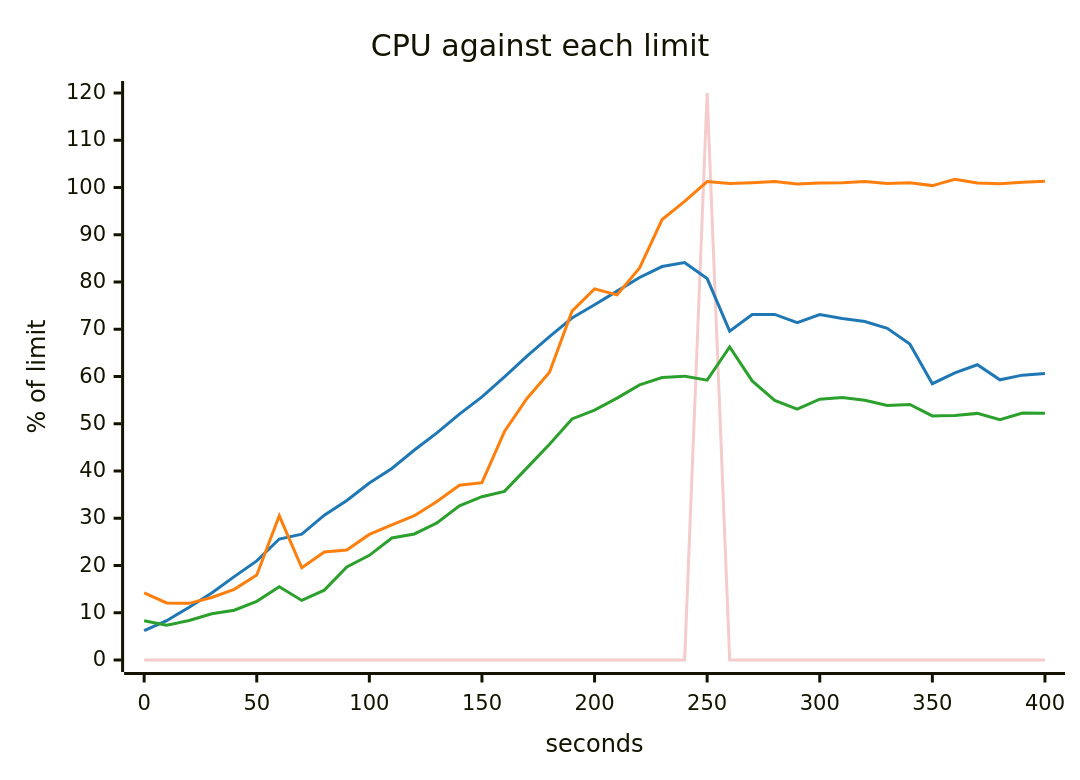
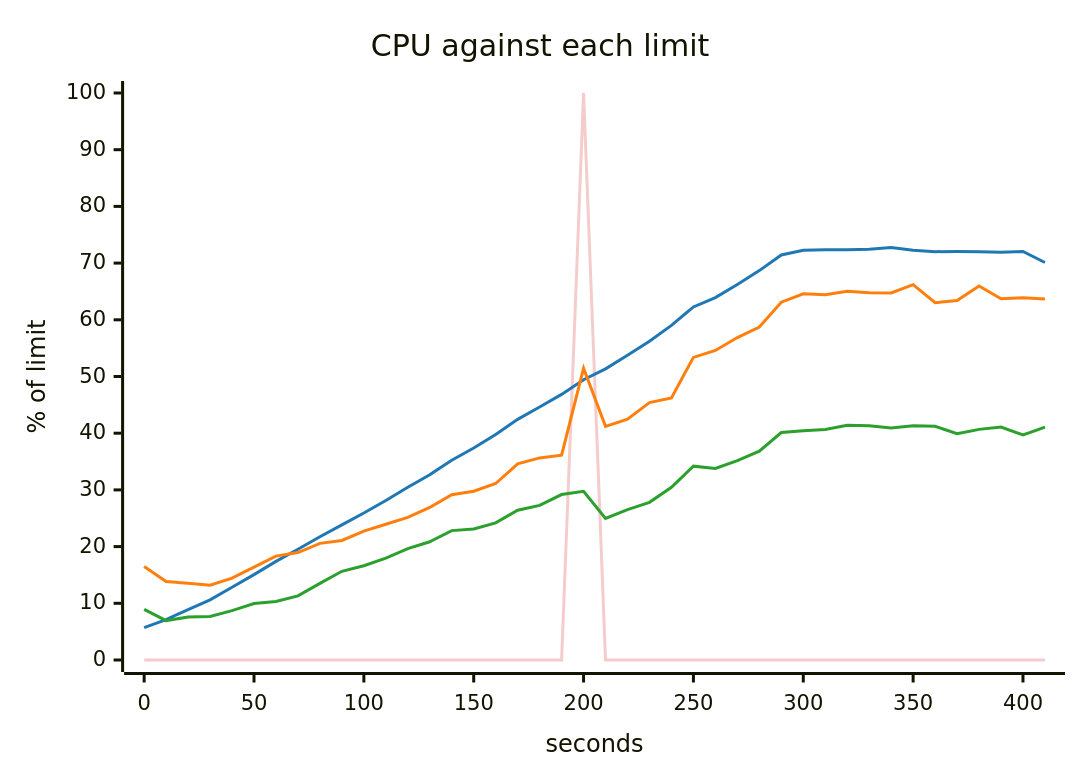
One commit to akinfemi/load-lore changed the fifth of 5 diagrams in scenarios/when-to-scale-your-database/solutions/one-query-per-page/report.md. Above: the diagram before and after it, drawn with Mermaid. The commit also changed other lines of this file and 4 other files, not shown here.

````diff
--- a/scenarios/when-to-scale-your-database/solutions/one-query-per-page/report.md
+++ b/scenarios/when-to-scale-your-database/solutions/one-query-per-page/report.md
@@ -94,17 +96,17 @@
 ```mermaid
 ---
 config:
   themeVariables:
     xyChart:
       backgroundColor: "transparent"
       plotColorPalette: "#f4cccc, #1f77b4, #ff7f0e, #2ca02c"
 ---
 xychart-beta
     title "CPU against each limit"
-    x-axis "seconds" 0 --> 400
-    y-axis "% of limit" 0 --> 120
-    line [0, 0, 0, 0, 0, 0, 0, 0, 0, 0, 0, 0, 0, 0, 0, 0, 0, 0, 0, 0, 0, 0, 0, 0, 0, 120, 0, 0, 0, 0, 0, 0, 0, 0, 0, 0, 0, 0, 0, 0, 0]
-    line [6.201, 8.316, 11.156, 14.176, 17.653, 20.978, 25.607, 26.646, 30.663, 33.749, 37.469, 40.548, 44.451, 48.078, 52.025, 55.687, 59.912, 64.32, 68.453, 72.366, 75.174, 78.064, 80.95, 83.272, 84.103, 80.728, 69.596, 73.132, 73.14, 71.394, 73.1, 72.267, 71.651, 70.207, 66.858, 58.48, 60.785, 62.487, 59.294, 60.285, 60.649]
-    line [14.181, 12.067, 11.993, 13.239, 14.962, 17.978, 30.514, 19.518, 22.862, 23.287, 26.582, 28.605, 30.527, 33.555, 36.994, 37.532, 48.354, 55.351, 60.894, 73.819, 78.535, 77.282, 82.983, 93.213, 97.08, 101.251, 100.839, 101.002, 101.265, 100.758, 100.972, 100.983, 101.277, 100.872, 101.027, 100.402, 101.724, 100.935, 100.772, 101.121, 101.348]
-    line [8.306, 7.354, 8.355, 9.787, 10.544, 12.419, 15.504, 12.608, 14.779, 19.692, 22.152, 25.831, 26.673, 29.014, 32.612, 34.56, 35.682, 40.661, 45.646, 51.024, 52.89, 55.433, 58.221, 59.787, 60.076, 59.217, 66.248, 59.065, 54.938, 53.098, 55.208, 55.552, 54.952, 53.874, 54.094, 51.665, 51.726, 52.192, 50.878, 52.266, 52.216]
+    x-axis "seconds" 0 --> 410
+    y-axis "% of limit" 0 --> 100
+    line [0, 0, 0, 0, 0, 0, 0, 0, 0, 0, 0, 0, 0, 0, 0, 0, 0, 0, 0, 0, 100, 0, 0, 0, 0, 0, 0, 0, 0, 0, 0, 0, 0, 0, 0, 0, 0, 0, 0, 0, 0, 0]
+    line [5.712, 7.127, 8.903, 10.614, 12.825, 15.065, 17.388, 19.533, 21.726, 23.838, 25.927, 28.141, 30.466, 32.677, 35.226, 37.395, 39.769, 42.447, 44.629, 46.845, 49.439, 51.354, 53.739, 56.204, 59.012, 62.27, 63.906, 66.237, 68.677, 71.439, 72.275, 72.369, 72.355, 72.457, 72.735, 72.248, 72.021, 72.035, 72.006, 71.911, 72.043, 70.106]
+    line [16.477, 13.842, 13.533, 13.203, 14.433, 16.366, 18.32, 18.948, 20.569, 21.083, 22.728, 23.95, 25.161, 26.902, 29.144, 29.773, 31.122, 34.592, 35.645, 36.135, 51.447, 41.214, 42.461, 45.397, 46.22, 53.373, 54.587, 56.871, 58.715, 63.103, 64.573, 64.415, 65.051, 64.753, 64.731, 66.196, 63.004, 63.407, 65.965, 63.711, 63.884, 63.68]
+    line [8.92, 6.949, 7.565, 7.666, 8.715, 9.956, 10.334, 11.301, 13.506, 15.645, 16.629, 17.955, 19.656, 20.851, 22.817, 23.12, 24.189, 26.407, 27.275, 29.18, 29.754, 24.959, 26.523, 27.803, 30.471, 34.186, 33.786, 35.159, 36.838, 40.117, 40.426, 40.638, 41.415, 41.309, 40.899, 41.296, 41.222, 39.904, 40.676, 41.082, 39.679, 41.061]
 ```
````
